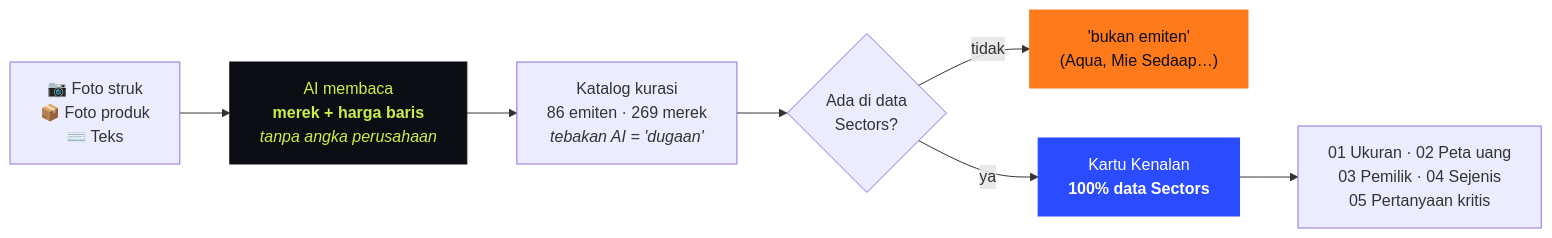
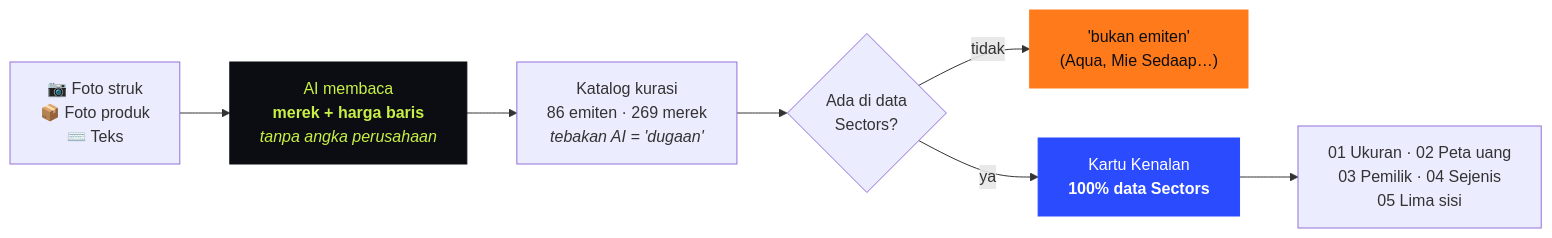
Before and after one commit to chukbert/sectors-hackathon-2026: the diagram in README.md, drawn with Mermaid. The commit also changed other lines of this file and 18 other files, not shown here.

First line of the commit message:
Lima sisi: 30 cek fundamental ala Simply Wall St, ganti Pertanyaan kritis

````diff
--- a/README.md
+++ b/README.md
@@ -104,12 +105,12 @@
 ```mermaid
 flowchart LR
     A["📷 Foto struk<br>📦 Foto produk<br>⌨️ Teks"] --> B["AI membaca<br><b>merek + harga baris</b><br><i>tanpa angka perusahaan</i>"]
     B --> C["Katalog kurasi<br>86 emiten · 269 merek<br><i>tebakan AI = 'dugaan'</i>"]
     C --> D{"Ada di data<br>Sectors?"}
     D -- tidak --> E["'bukan emiten'<br>(Aqua, Mie Sedaap…)"]
     D -- ya --> F["Kartu Kenalan<br><b>100% data Sectors</b>"]
-    F --> G["01 Ukuran · 02 Peta uang<br>03 Pemilik · 04 Sejenis<br>05 Pertanyaan kritis"]
+    F --> G["01 Ukuran · 02 Peta uang<br>03 Pemilik · 04 Sejenis<br>05 Lima sisi"]
     style B fill:#0b0d12,color:#c8f046,stroke:#0b0d12
     style F fill:#2b4bff,color:#fff,stroke:#2b4bff
     style E fill:#ff7a1a,color:#0b0d12,stroke:#ff7a1a
 ```
````
